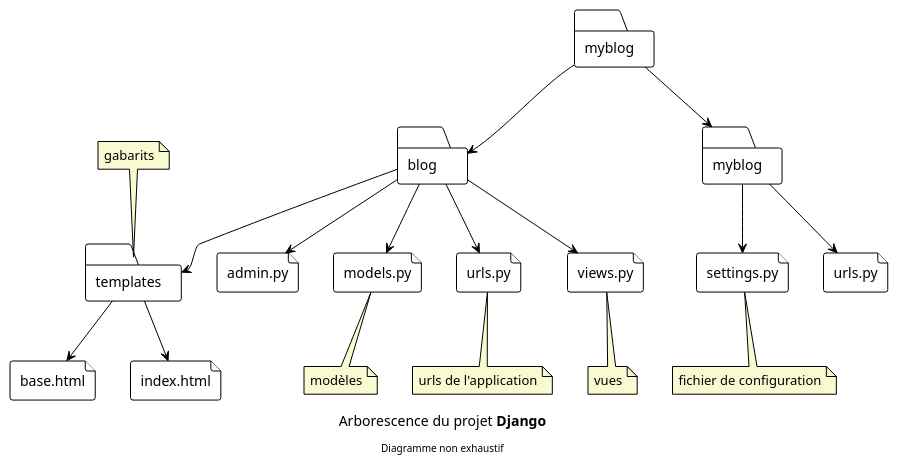
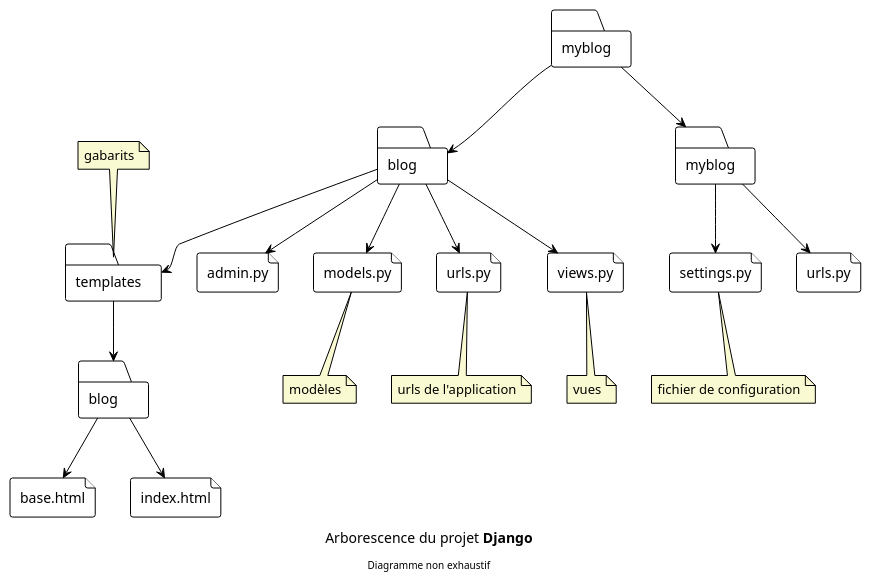
Before and after one commit to teegre/CDA22075: the diagram in B_keynote/puml/project_structure.puml, drawn with PlantUML. The commit also changed 7 other files, not shown here.

```diff
--- a/B_keynote/puml/project_structure.puml
+++ b/B_keynote/puml/project_structure.puml
@@ -1,39 +1,41 @@
 @startuml
 !theme plain
 skinparam rectancle roundCorner 8
 skinparam noteBackgroundColor LightGoldenRodYellow
 
 folder myblog as B1
-folder blog as B
+folder blog as BL
 folder templates as T
+folder blog as BL2
 file base.html
 file index.html
 file admin.py as A
 file models.py as M
 file urls.py as U2
 file views.py as V
 folder myblog as B2
 file settings.py as S
 file urls.py as U1
 
-B1 -d-> B
-B --> T
-T --> base.html
-T --> index.html
-B --> A
-B --> M
-B --> U2
-B --> V
+B1 -d-> BL
+BL --> T
+T --> BL2
+BL2 --> base.html
+BL2 --> index.html
+BL --> A
+BL --> M
+BL --> U2
+BL --> V
 B1 -d-> B2
 B2 --> S
 B2 --> U1
 
 note bottom of S : fichier de configuration
 note bottom of U2 : urls de l'application
 note bottom of M : modèles
 note bottom of V : vues
 note top of T : gabarits
 
 caption Arborescence du projet **Django**
 footer Diagramme non exhaustif
 @enduml
```
